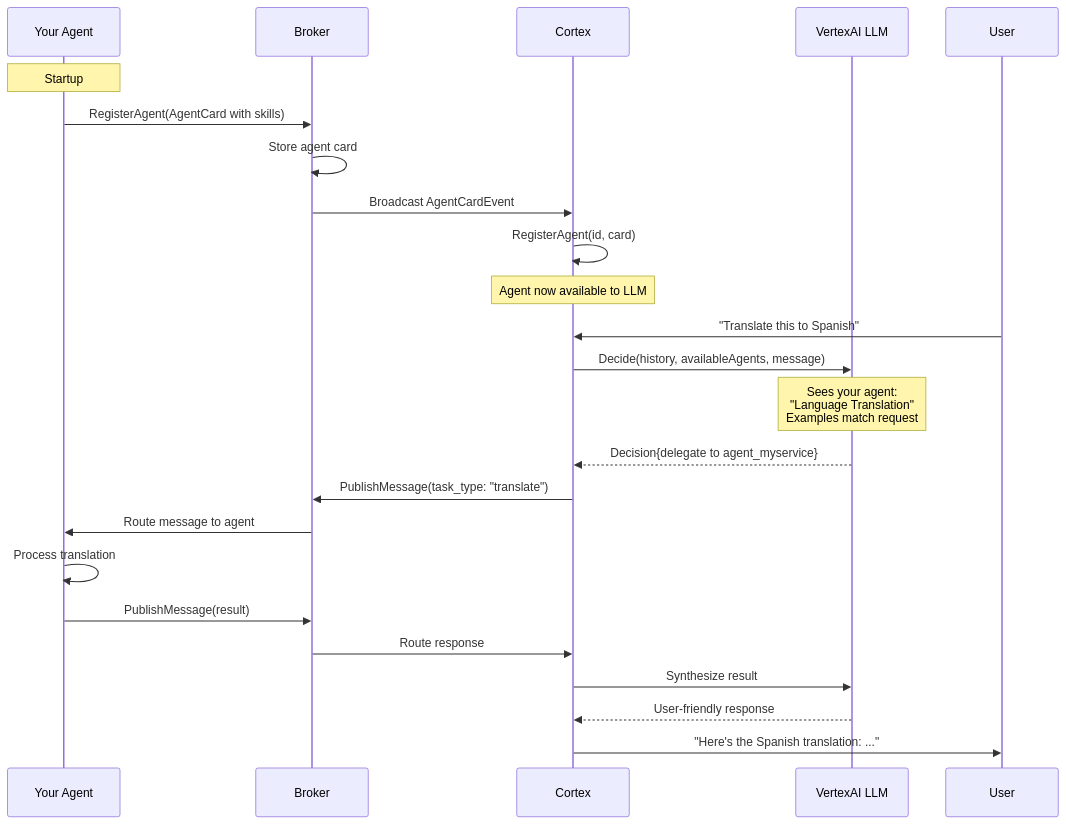
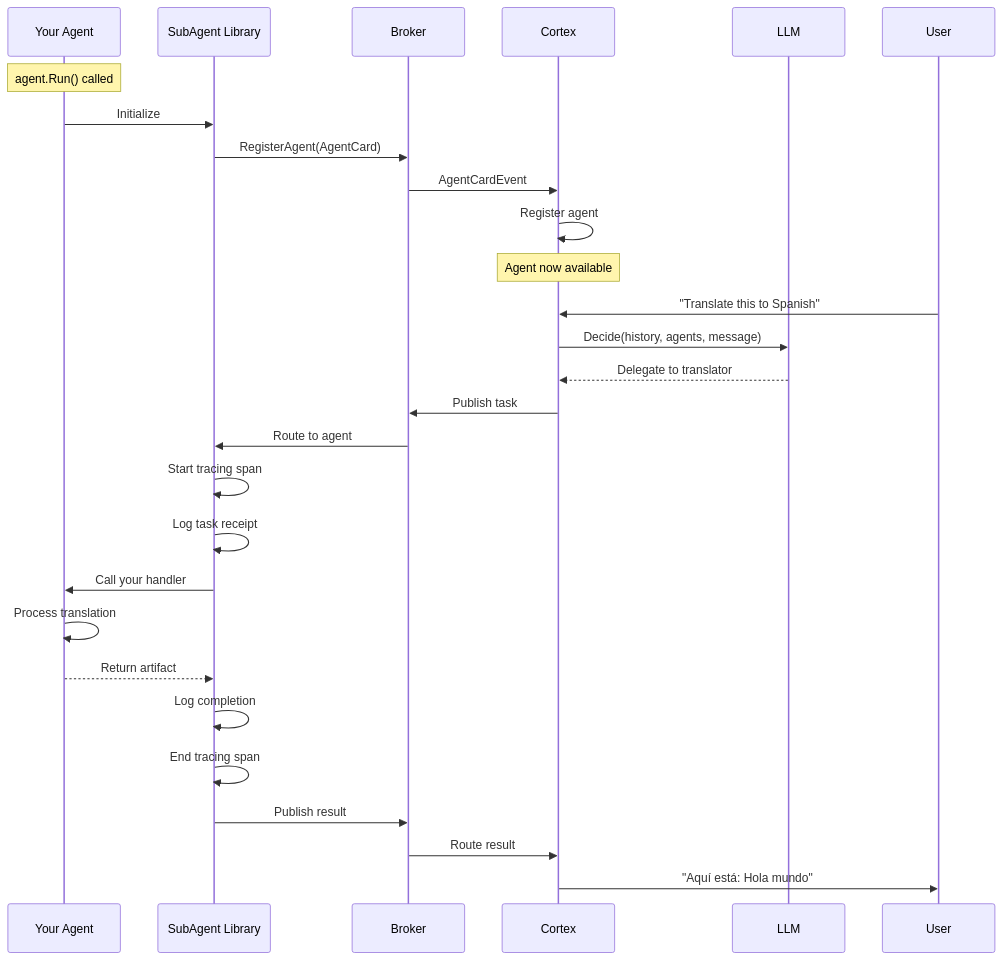
The diagram in documentation/howto/create_agent_with_cortex.md (owulveryck/agenthub), drawn with Mermaid before and after one commit. The commit also changed other lines of this file and 3 other files, not shown here.

First line of the commit message:
Update documentation for SubAgent library

````diff
--- a/documentation/howto/create_agent_with_cortex.md
+++ b/documentation/howto/create_agent_with_cortex.md
@@ -405,28 +311,32 @@
 ```mermaid
 sequenceDiagram
     participant A as Your Agent
+    participant SL as SubAgent Library
     participant B as Broker
     participant C as Cortex
-    participant L as VertexAI LLM
+    participant L as LLM
     participant U as User
 
-    Note over A: Startup
-    A->>B: RegisterAgent(AgentCard with skills)
-    B->>B: Store agent card
-    B->>C: Broadcast AgentCardEvent
-    C->>C: RegisterAgent(id, card)
-    Note over C: Agent now available to LLM
+    Note over A: agent.Run() called
+    A->>SL: Initialize
+    SL->>B: RegisterAgent(AgentCard)
+    B->>C: AgentCardEvent
+    C->>C: Register agent
+    Note over C: Agent now available
 
     U->>C: "Translate this to Spanish"
-    C->>L: Decide(history, availableAgents, message)
-    Note over L: Sees your agent:<br/>"Language Translation"<br/>Examples match request
-    L-->>C: Decision{delegate to agent_myservice}
-    C->>B: PublishMessage(task_type: "translate")
-    B->>A: Route message to agent
+    C->>L: Decide(history, agents, message)
+    L-->>C: Delegate to translator
+    C->>B: Publish task
+    B->>SL: Route to agent
+    SL->>SL: Start tracing span
+    SL->>SL: Log task receipt
+    SL->>A: Call your handler
     A->>A: Process translation
-    A->>B: PublishMessage(result)
-    B->>C: Route response
-    C->>L: Synthesize result
-    L-->>C: User-friendly response
-    C->>U: "Here's the Spanish translation: ..."
+    A-->>SL: Return artifact
+    SL->>SL: Log completion
+    SL->>SL: End tracing span
+    SL->>B: Publish result
+    B->>C: Route result
+    C->>U: "Aquí está: Hola mundo"
 ```
````
